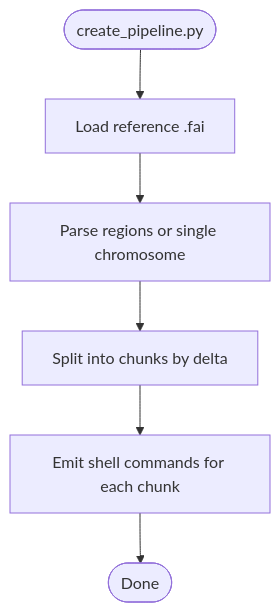
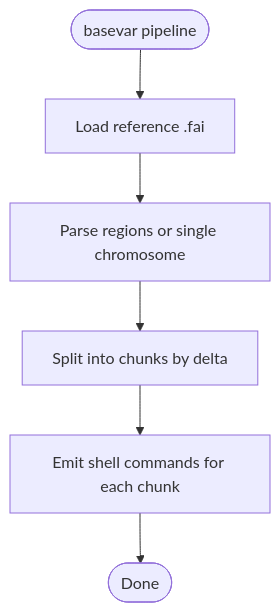
The eighth of 9 diagrams in docs/repowiki/en/content/Developer Guide.md (ShujiaHuang/BaseVar2), drawn with Mermaid before and after one commit. The commit also changed other lines of this file and 9 other files, not shown here.

First line of the commit message:
refactor: remove scripts/create_pipeline.py (superseded by basevar pipeline C++ subcommand)

````diff
--- a/docs/repowiki/en/content/Developer Guide.md
+++ b/docs/repowiki/en/content/Developer Guide.md
@@ -311,8 +310,8 @@
 ```mermaid
 flowchart TD
-Start(["create_pipeline.py"]) --> LoadFAI["Load reference .fai"]
+Start(["basevar pipeline"]) --> LoadFAI["Load reference .fai"]
 LoadFAI --> ParseRegions["Parse regions or single chromosome"]
 ParseRegions --> Split["Split into chunks by delta"]
 Split --> Emit["Emit shell commands for each chunk"]
 Emit --> End(["Done"])
 ```
````
